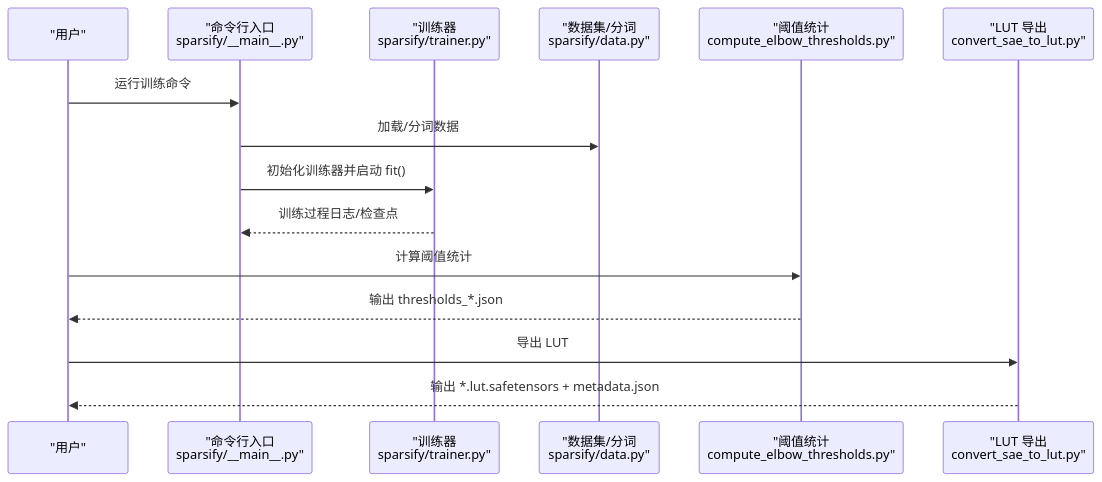
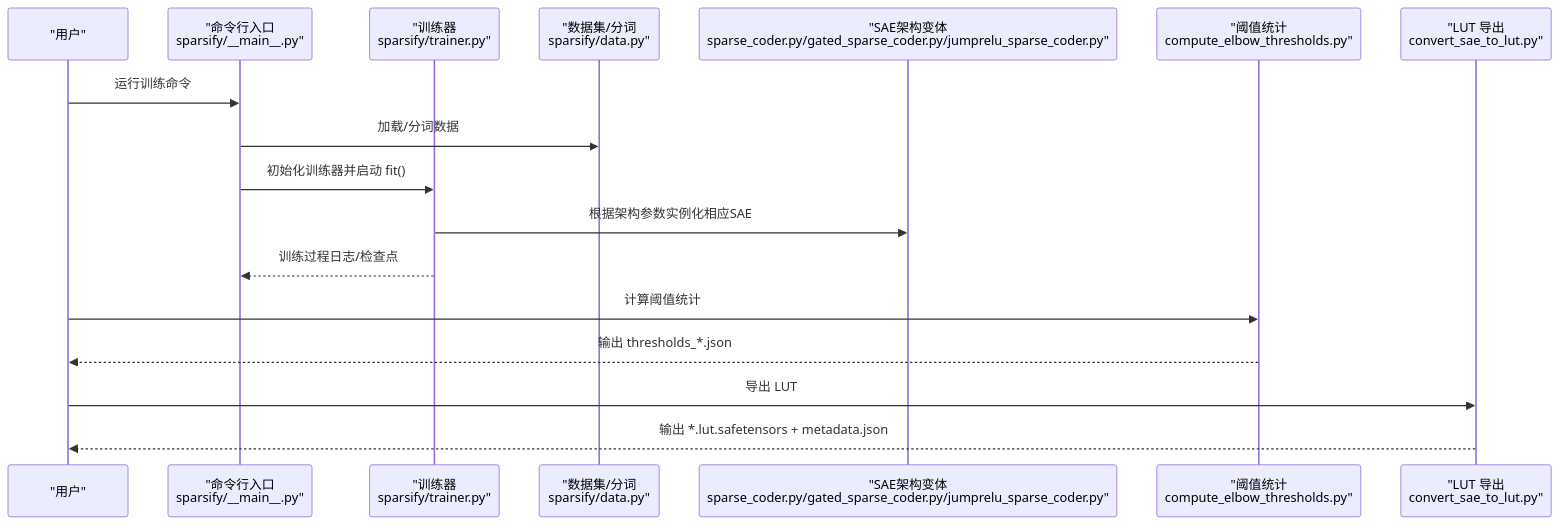
Before and after one commit to duanzhaol/sparsify: the second of 3 diagrams in .qoder/repowiki/zh/content/快速开始.md, drawn with Mermaid. The commit also changed other lines of this file and 5 other files, not shown here.

````diff
--- a/.qoder/repowiki/zh/content/快速开始.md
+++ b/.qoder/repowiki/zh/content/快速开始.md
@@ -92,17 +116,19 @@
 ```mermaid
 sequenceDiagram
 participant U as "用户"
 participant CLI as "命令行入口<br/>sparsify/__main__.py"
 participant TR as "训练器<br/>sparsify/trainer.py"
 participant DS as "数据集/分词<br/>sparsify/data.py"
+participant SC as "SAE架构变体<br/>sparse_coder.py/gated_sparse_coder.py/jumprelu_sparse_coder.py"
 participant EL as "阈值统计<br/>compute_elbow_thresholds.py"
 participant LU as "LUT 导出<br/>convert_sae_to_lut.py"
 U->>CLI : 运行训练命令
 CLI->>DS : 加载/分词数据
 CLI->>TR : 初始化训练器并启动 fit()
+TR->>SC : 根据架构参数实例化相应SAE
 TR-->>CLI : 训练过程日志/检查点
 U->>EL : 计算阈值统计
 EL-->>U : 输出 thresholds_*.json
 U->>LU : 导出 LUT
 LU-->>U : 输出 *.lut.safetensors + metadata.json
 ```
````
